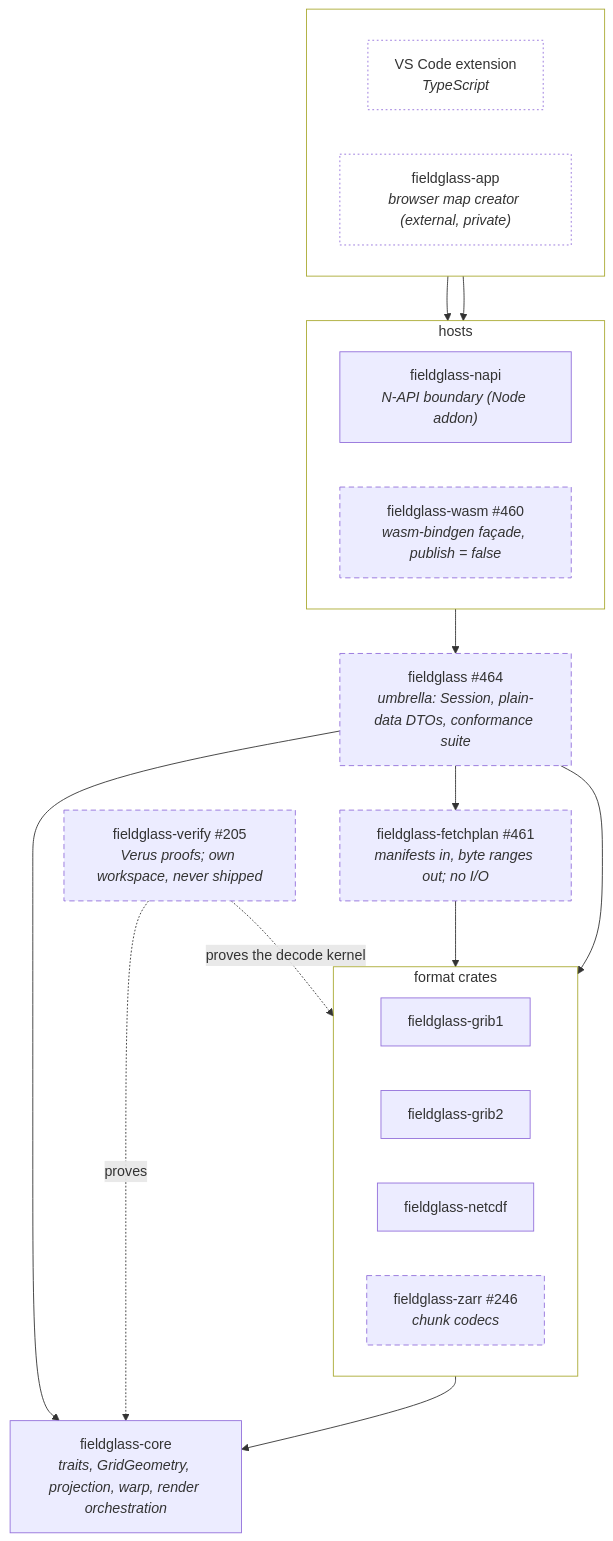
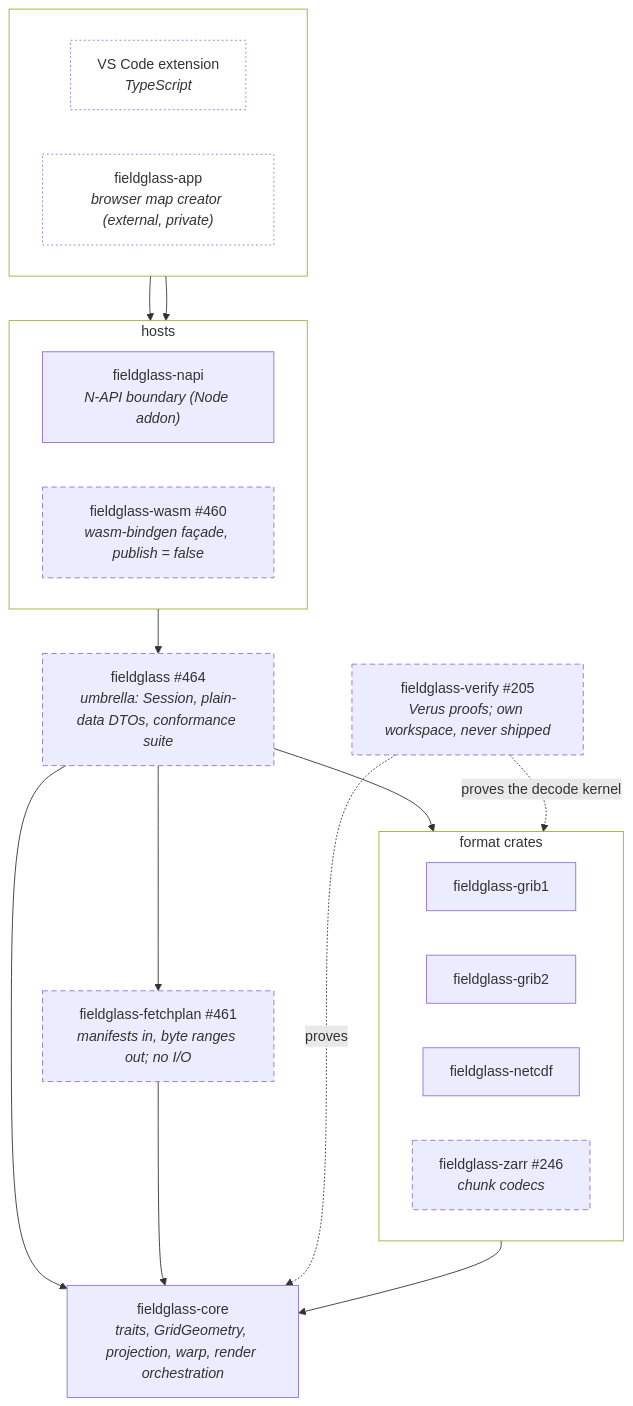
One commit to D0ubleD0uble/fieldglass changed the diagram in docs/architecture/planned/01-crates.md. Above: the diagram before and after it, drawn with Mermaid. The commit also changed other lines of this file and 1 other file, not shown here.

Commit message:
docs(architecture): fetchplan depends on core only; parameter matching is a trait
The #426 table lives in fieldglass-grib2; depending on it would pull the
decoder and codecs into a pure planner. Semantic matching goes through a
ParameterResolver the fieldglass umbrella implements.

Claude-Session: https://claude.ai/code/session_01HXQLdNBg23o81NEfApXYhF

````diff
--- a/docs/architecture/planned/01-crates.md
+++ b/docs/architecture/planned/01-crates.md
@@ -11,42 +11,42 @@
 ```mermaid
 flowchart TB
     subgraph consumers[" "]
         direction LR
         ext["VS Code extension<br/><i>TypeScript</i>"]
         app["fieldglass-app<br/><i>browser map creator (external, private)</i>"]
     end
     subgraph hosts["hosts"]
         direction LR
         napi["fieldglass-napi<br/><i>N-API boundary (Node addon)</i>"]
         wasm["fieldglass-wasm #460<br/><i>wasm-bindgen façade, publish = false</i>"]
     end
     subgraph formats["format crates"]
         direction LR
         grib1["fieldglass-grib1"]
         grib2["fieldglass-grib2"]
         netcdf["fieldglass-netcdf"]
         zarr["fieldglass-zarr #246<br/><i>chunk codecs</i>"]
     end
     api["fieldglass #464<br/><i>umbrella: Session, plain-data DTOs, conformance suite</i>"]
     fetchplan["fieldglass-fetchplan #461<br/><i>manifests in, byte ranges out; no I/O</i>"]
     core["fieldglass-core<br/><i>traits, GridGeometry, projection, warp, render orchestration</i>"]
     verify["fieldglass-verify #205<br/><i>Verus proofs; own workspace, never shipped</i>"]
 
     ext --> napi
     app --> wasm
     hosts --> api
     api --> formats
     api --> core
     api --> fetchplan
-    fetchplan --> grib2
+    fetchplan --> core
     formats --> core
     verify -. proves the decode kernel .-> formats
     verify -. proves .-> core
 
     classDef planned stroke-dasharray: 6 4
     classDef external fill:none,stroke-dasharray: 2 3
     classDef group fill:none
     class wasm,api,fetchplan,zarr,verify planned
     class app,ext external
     class consumers,hosts,formats group
 ```
````
